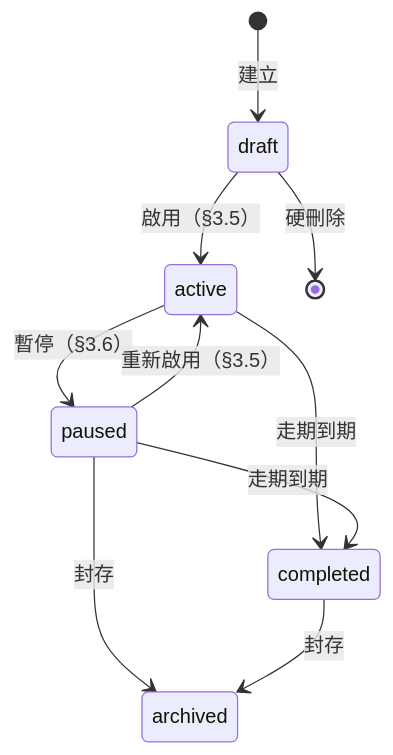
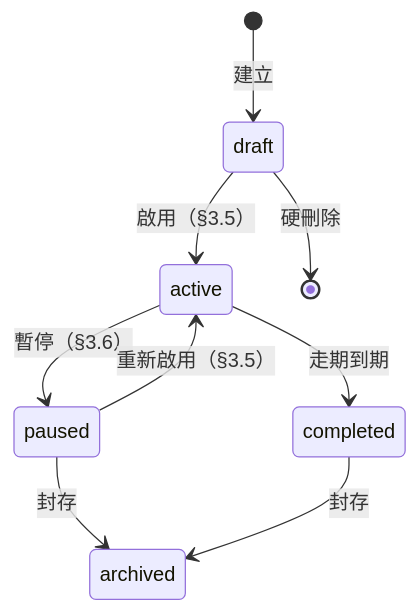
The diagram in docs/specs/phase0-merged.md (steveonead/monorepo), drawn with Mermaid before and after one commit. The commit also changed other lines of this file, not shown here.

````diff
--- a/docs/specs/phase0-merged.md
+++ b/docs/specs/phase0-merged.md
@@ -84,12 +84,11 @@
 ```mermaid
 stateDiagram-v2
     [*] --> draft : 建立
     draft --> active : 啟用（§3.5）
     draft --> [*] : 硬刪除
     active --> paused : 暫停（§3.6）
     active --> completed : 走期到期
     paused --> active : 重新啟用（§3.5）
-    paused --> completed : 走期到期
     paused --> archived : 封存
     completed --> archived : 封存
 ```
````
